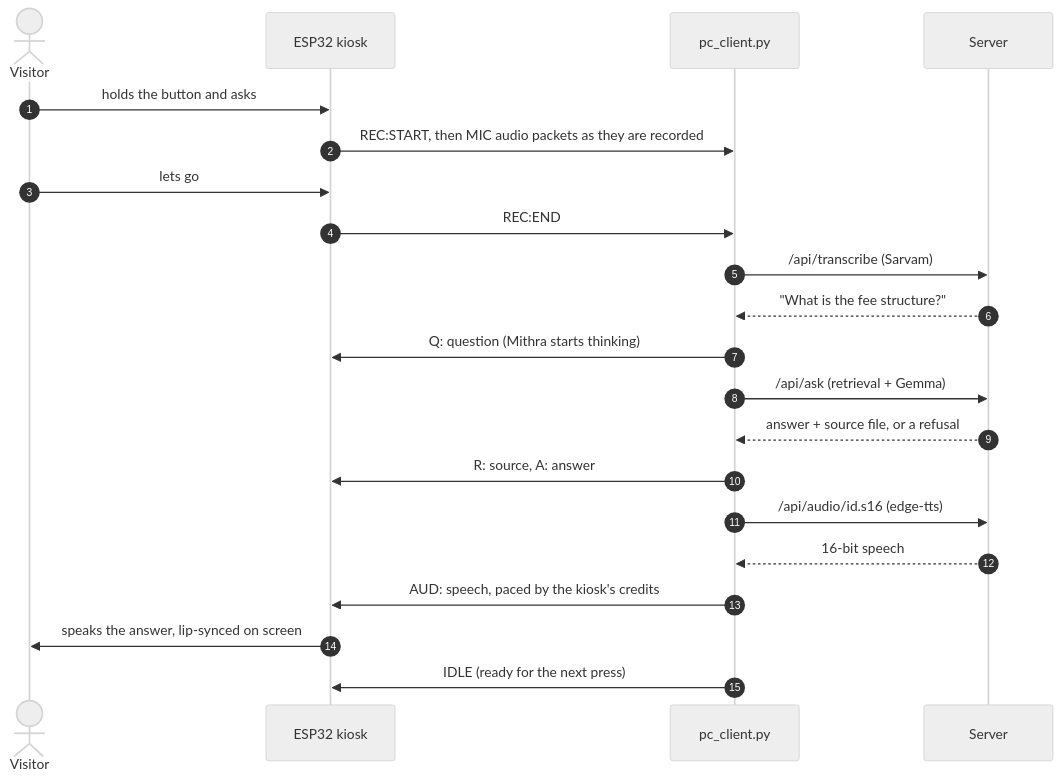
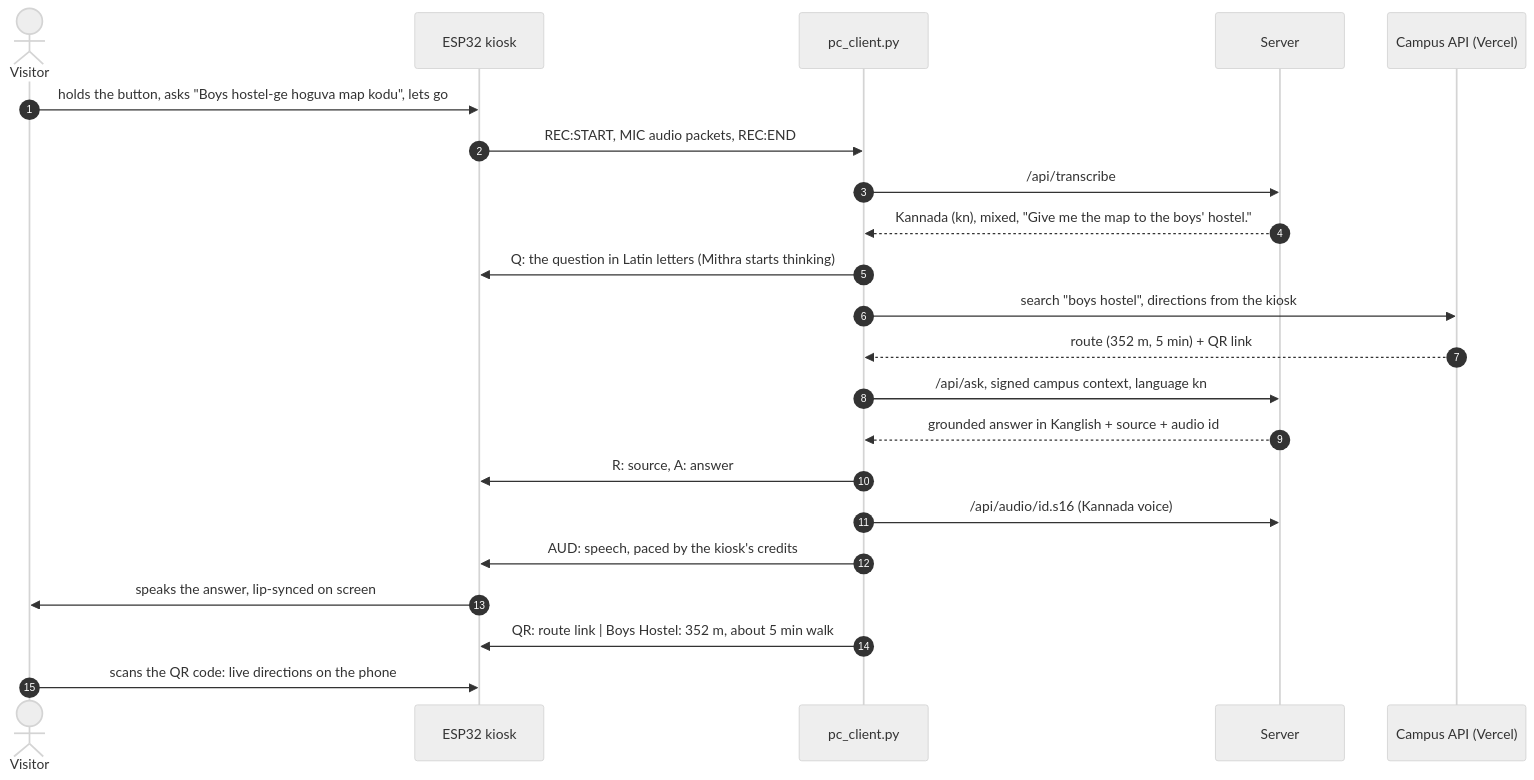
One commit to Pavankumarh0/first-hack-teamSPY changed the second of 2 diagrams in README.md. Above: the diagram before and after it, drawn with Mermaid (neutral theme). The commit also changed other lines of this file and 8 other files, not shown here.

````diff
--- a/README.md
+++ b/README.md
@@ -57,23 +159,24 @@
 ```mermaid
 sequenceDiagram
     autonumber
     actor V as Visitor
     participant K as ESP32 kiosk
     participant C as pc_client.py
     participant S as Server
-    V->>K: holds the button and asks
-    K->>C: REC:START, then MIC audio packets as they are recorded
-    V->>K: lets go
-    K->>C: REC:END
-    C->>S: /api/transcribe (Sarvam)
-    S-->>C: "What is the fee structure?"
-    C->>K: Q: question (Mithra starts thinking)
-    C->>S: /api/ask (retrieval + Gemma)
-    S-->>C: answer + source file, or a refusal
+    participant W as Campus API (Vercel)
+    V->>K: holds the button, asks "Boys hostel-ge hoguva map kodu", lets go
+    K->>C: REC:START, MIC audio packets, REC:END
+    C->>S: /api/transcribe
+    S-->>C: Kannada (kn), mixed, "Give me the map to the boys' hostel."
+    C->>K: Q: the question in Latin letters (Mithra starts thinking)
+    C->>W: search "boys hostel", directions from the kiosk
+    W-->>C: route (352 m, 5 min) + QR link
+    C->>S: /api/ask, signed campus context, language kn
+    S-->>C: grounded answer in Kanglish + source + audio id
     C->>K: R: source, A: answer
-    C->>S: /api/audio/id.s16 (edge-tts)
-    S-->>C: 16-bit speech
+    C->>S: /api/audio/id.s16 (Kannada voice)
     C->>K: AUD: speech, paced by the kiosk's credits
     K->>V: speaks the answer, lip-synced on screen
-    C->>K: IDLE (ready for the next press)
+    C->>K: QR: route link | Boys Hostel: 352 m, about 5 min walk
+    V->>K: scans the QR code: live directions on the phone
 ```
````
